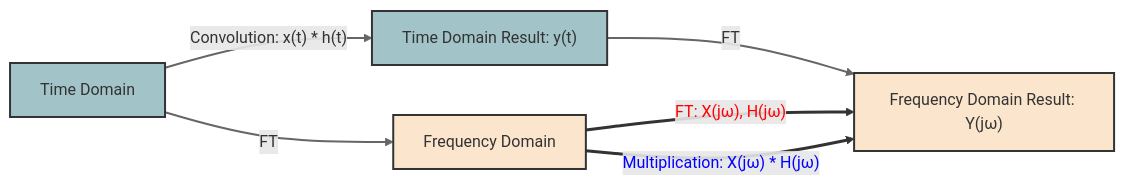
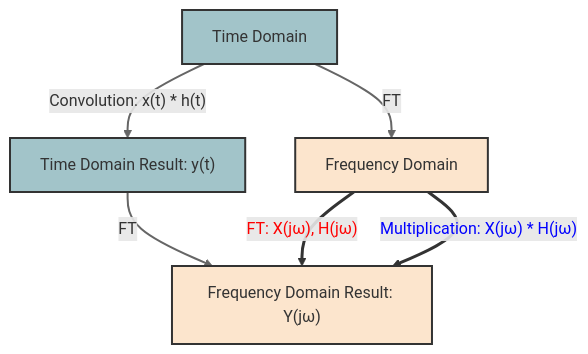
Before and after one commit to irosyadi/imron-slide: the first of 2 diagrams in sinyalsistem/ss_3x.qmd, drawn with Mermaid. The commit also changed other lines of this file and 3 other files, not shown here.

````diff
--- a/sinyalsistem/ss_3x.qmd
+++ b/sinyalsistem/ss_3x.qmd
@@ -262,22 +281,22 @@
 ```{mermaid}
-graph LR
+graph TD
     A[Time Domain] -- "Convolution: x(t) * h(t)" --> B["Time Domain Result: y(t)"]
 
     C[Frequency Domain] -- "FT: X(j&omega;), H(j&omega;)" --> D["Frequency Domain Result: Y(j&omega;)"]
 
     A -- FT --> C
     B -- FT --> D
   
     C -- Multiplication: X(j&omega;) * H(j&omega;) --> D
 
     style A fill:#a2c4c9,stroke:#333,stroke-width:2px;
     style B fill:#a2c4c9,stroke:#333,stroke-width:2px;
     style C fill:#fce5cd,stroke:#333,stroke-width:2px;
     style D fill:#fce5cd,stroke:#333,stroke-width:2px;
 
     linkStyle 0 stroke:#666,stroke-width:2px;
     linkStyle 1 stroke:#333,stroke-width:3px,color:red;
     linkStyle 2 stroke:#666,stroke-width:2px;
     linkStyle 3 stroke:#666,stroke-width:2px;
     linkStyle 4 stroke:#333,stroke-width:3px,color:blue;
 ```
````
